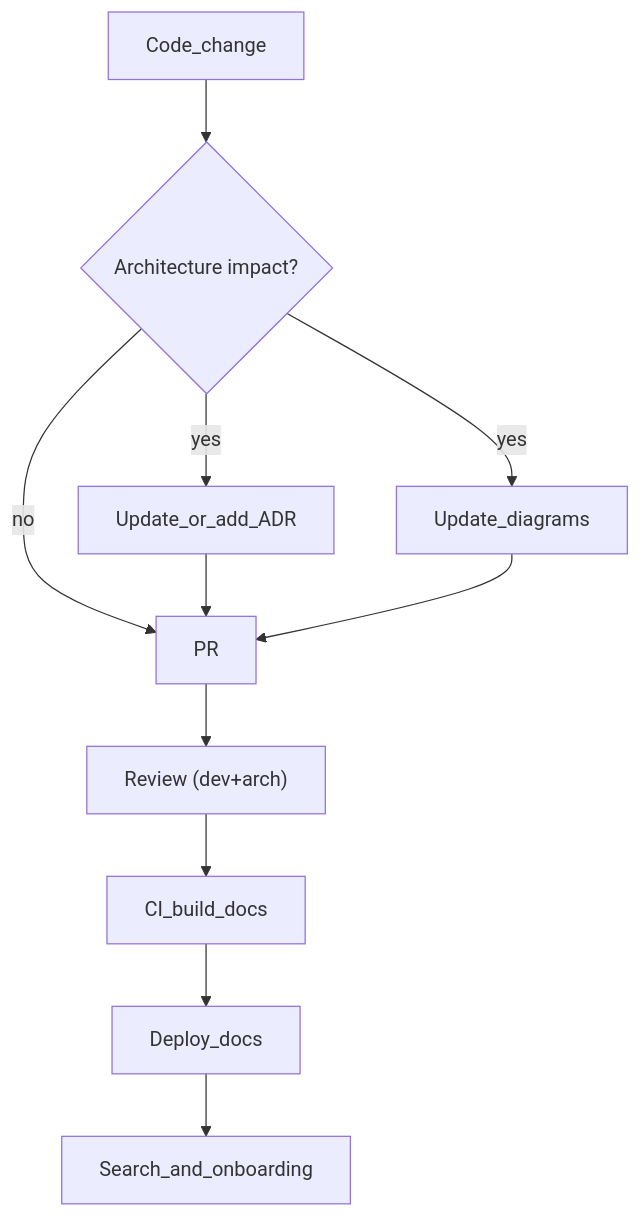
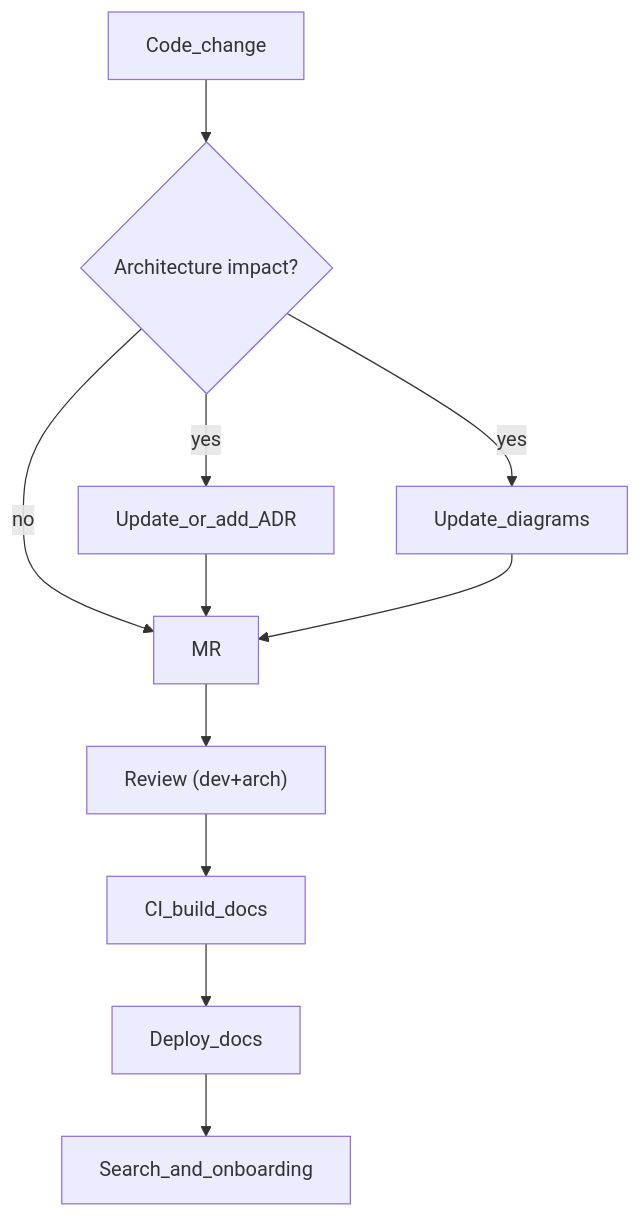
The ninth of 9 diagrams in slides.md (b-vadym/arch-as-code), drawn with Mermaid before and after one commit. The commit also changed other lines of this file, not shown here.

````diff
--- a/slides.md
+++ b/slides.md
@@ -665,13 +667,13 @@
 ```mermaid
 flowchart TD
   Change[Code_change] --> Need{"Architecture impact?"}
   Need -- yes --> ADR[Update_or_add_ADR]
   Need -- yes --> Diag[Update_diagrams]
-  Need -- no --> PR[PR]
-  ADR --> PR
-  Diag --> PR
-  PR --> Review["Review (dev+arch)"]
+  Need -- no --> MR[MR]
+  ADR --> MR
+  Diag --> MR
+  MR --> Review["Review (dev+arch)"]
   Review --> CI[CI_build_docs]
   CI --> Deploy[Deploy_docs]
   Deploy --> Search[Search_and_onboarding]
 ```
````
